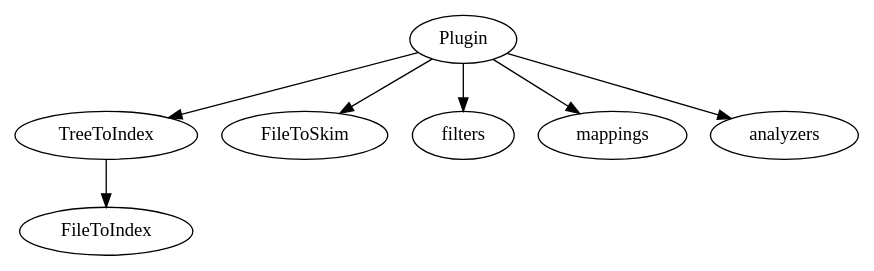
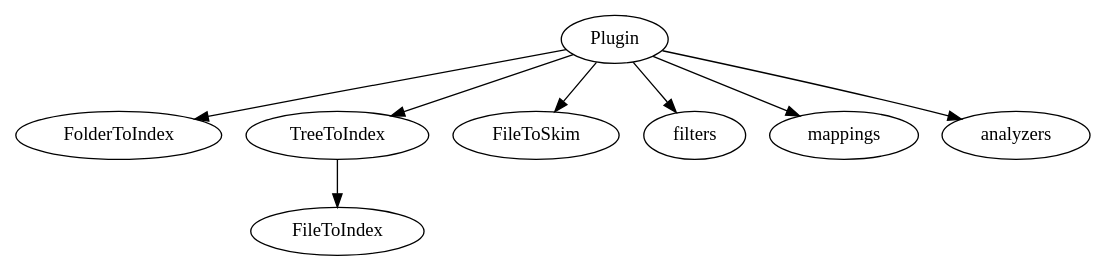
The diagram in docs/source/development.rst (mozilla/dxr), drawn with Graphviz before and after one commit. The commit also changed other lines of this file and 2 other files, not shown here.

Commit message:
Put docs on FolderToIndex, split docstring_re for performance.

```diff
--- a/docs/source/development.rst
+++ b/docs/source/development.rst
@@ -204,7 +204,8 @@
 .. digraph:: plugin
 
+   "Plugin" -> "FolderToIndex";
    "Plugin" -> "TreeToIndex" -> "FileToIndex";
    "Plugin" -> "FileToSkim";
    "Plugin" -> "filters";
    "Plugin" -> "mappings";
    "Plugin" -> "analyzers";
```
